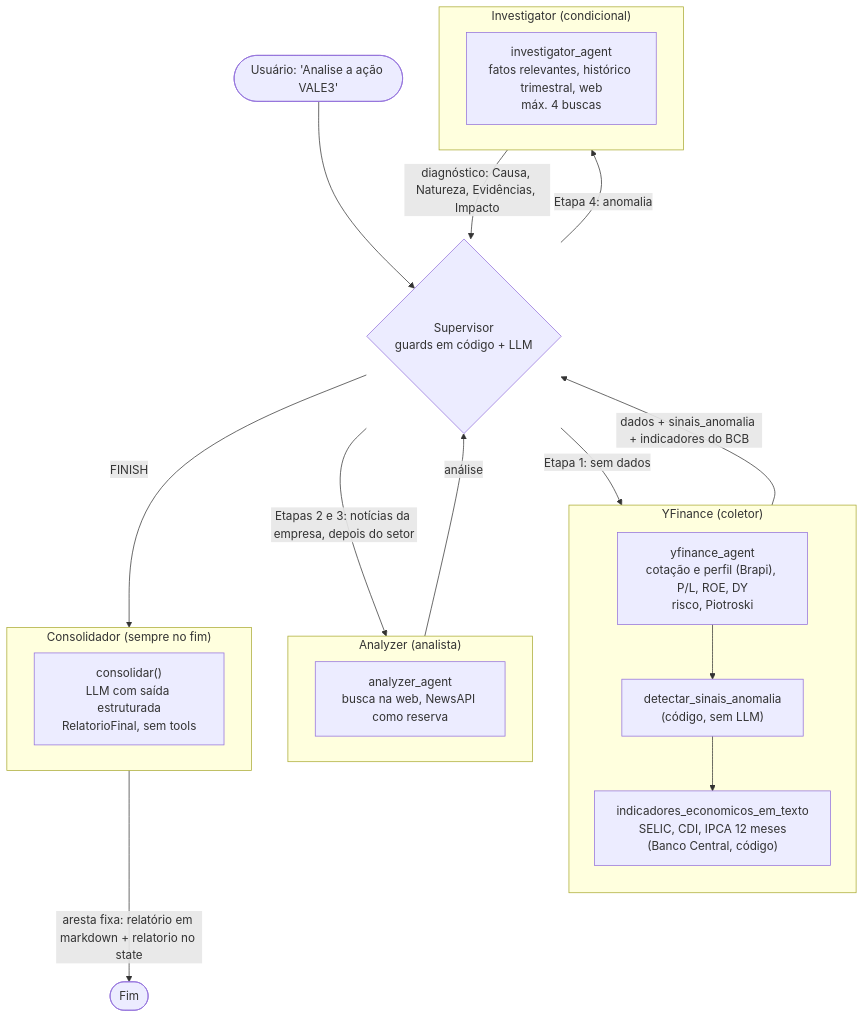
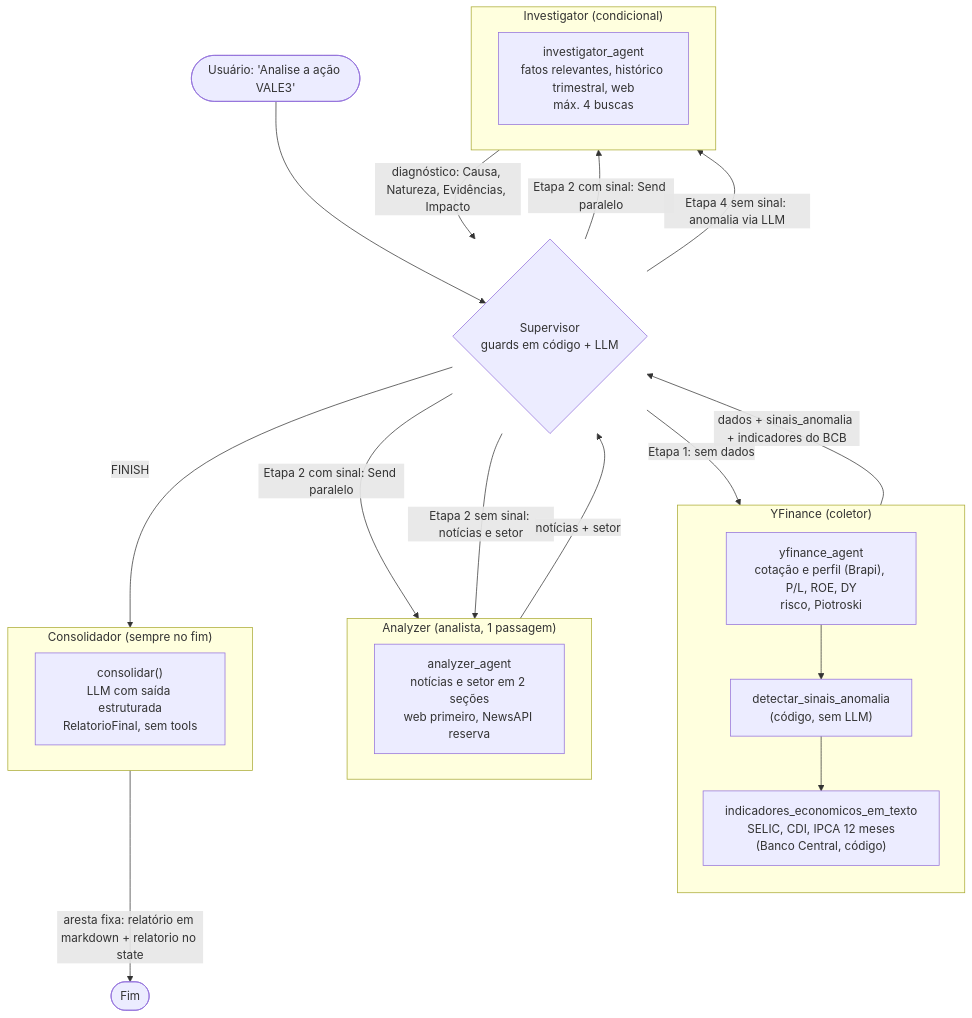
One commit to igorc22/pipeline-inteligencia-financeira-b3 changed the first of 7 diagrams in docs/arquitetura.md. Above: the diagram before and after it, drawn with Mermaid. The commit also changed other lines of this file and 1 other file, not shown here.

````diff
--- a/docs/arquitetura.md
+++ b/docs/arquitetura.md
@@ -13,37 +13,39 @@
 ```mermaid
 flowchart TD
     U(["Usuário: 'Analise a ação VALE3'"]) --> S
 
     S{"Supervisor<br/>guards em código + LLM"}
 
     S -->|"Etapa 1: sem dados"| Y
-    S -->|"Etapas 2 e 3: notícias da empresa, depois do setor"| A
-    S -->|"Etapa 4: anomalia"| I
+    S -->|"Etapa 2 com sinal: Send paralelo"| A
+    S -->|"Etapa 2 com sinal: Send paralelo"| I
+    S -->|"Etapa 2 sem sinal: notícias e setor"| A
+    S -->|"Etapa 4 sem sinal: anomalia via LLM"| I
     S -->|"FINISH"| C
 
     subgraph Y["YFinance (coletor)"]
         direction TB
         Y1["yfinance_agent<br/>cotação e perfil (Brapi), P/L, ROE, DY<br/>risco, Piotroski"]
         Y2["detectar_sinais_anomalia<br/>(código, sem LLM)"]
         Y3["indicadores_economicos_em_texto<br/>SELIC, CDI, IPCA 12 meses<br/>(Banco Central, código)"]
         Y1 --> Y2 --> Y3
     end
 
-    subgraph A["Analyzer (analista)"]
-        A1["analyzer_agent<br/>busca na web, NewsAPI como reserva"]
+    subgraph A["Analyzer (analista, 1 passagem)"]
+        A1["analyzer_agent<br/>notícias e setor em 2 seções<br/>web primeiro, NewsAPI reserva"]
     end
 
     subgraph I["Investigator (condicional)"]
         I1["investigator_agent<br/>fatos relevantes, histórico trimestral, web<br/>máx. 4 buscas"]
     end
 
     subgraph C["Consolidador (sempre no fim)"]
         C1["consolidar()<br/>LLM com saída estruturada<br/>RelatorioFinal, sem tools"]
     end
 
     C -->|"aresta fixa: relatório em markdown + relatorio no state"| F(["Fim"])
 
     Y -->|"dados + sinais_anomalia + indicadores do BCB"| S
-    A -->|"análise"| S
+    A -->|"notícias + setor"| S
     I -->|"diagnóstico: Causa, Natureza, Evidências, Impacto"| S
 ```
````
